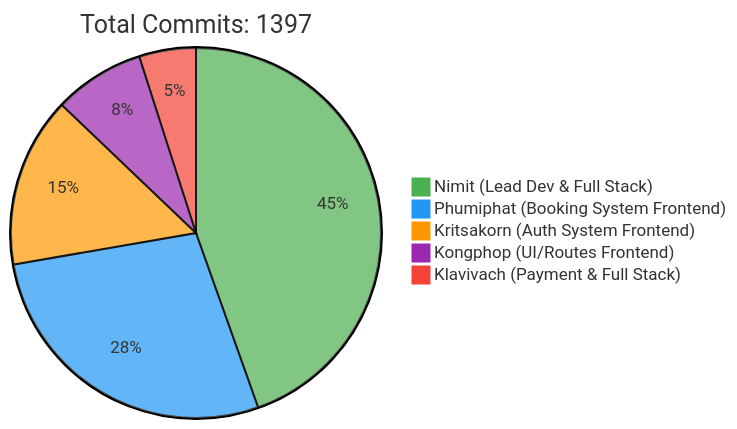
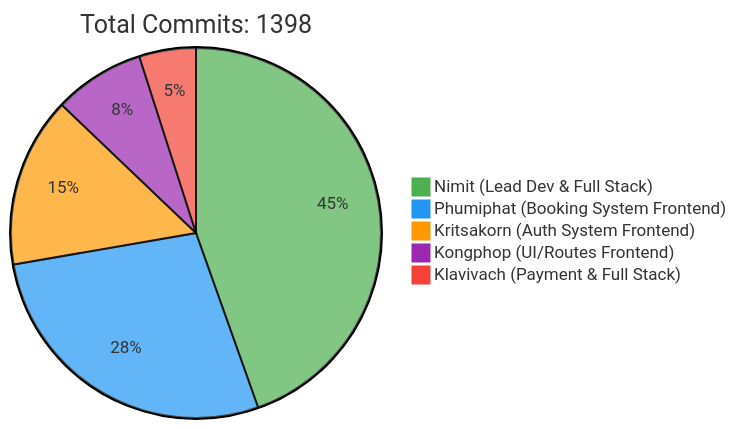
Before and after one commit to 6531503042/Sport-Complex: the first of 2 diagrams in README.md, drawn with Mermaid. The commit also changed other lines of this file, not shown here.

Commit message:
docs: Update contributor statistics [skip ci]

````diff
--- a/README.md
+++ b/README.md
@@ -257,10 +257,10 @@
 ```mermaid
 %%{init: {'theme': 'base', 'themeVariables': { 'pie1': '#4CAF50', 'pie2': '#2196F3', 'pie3': '#FF9800', 'pie4': '#9C27B0', 'pie5': '#F44336'}}}%%
 pie
-    title Total Commits: 1397
+    title Total Commits: 1398
     "Nimit (Lead Dev & Full Stack)" : 450
     "Phumiphat (Booking System Frontend)" : 280
     "Kritsakorn (Auth System Frontend)" : 150
     "Kongphop (UI/Routes Frontend)" : 80
     "Klavivach (Payment & Full Stack)" : 50
 ```
````
